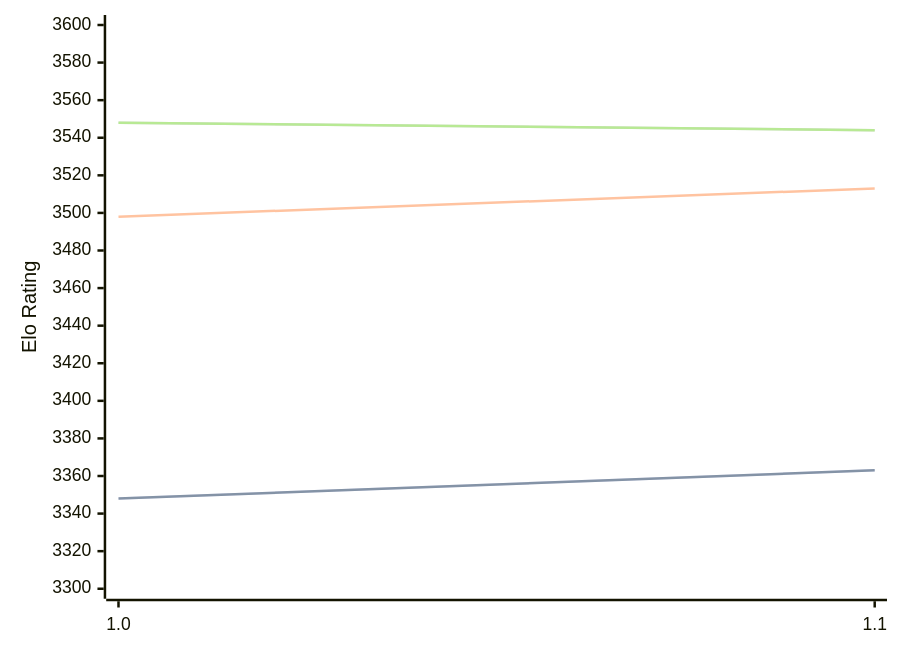
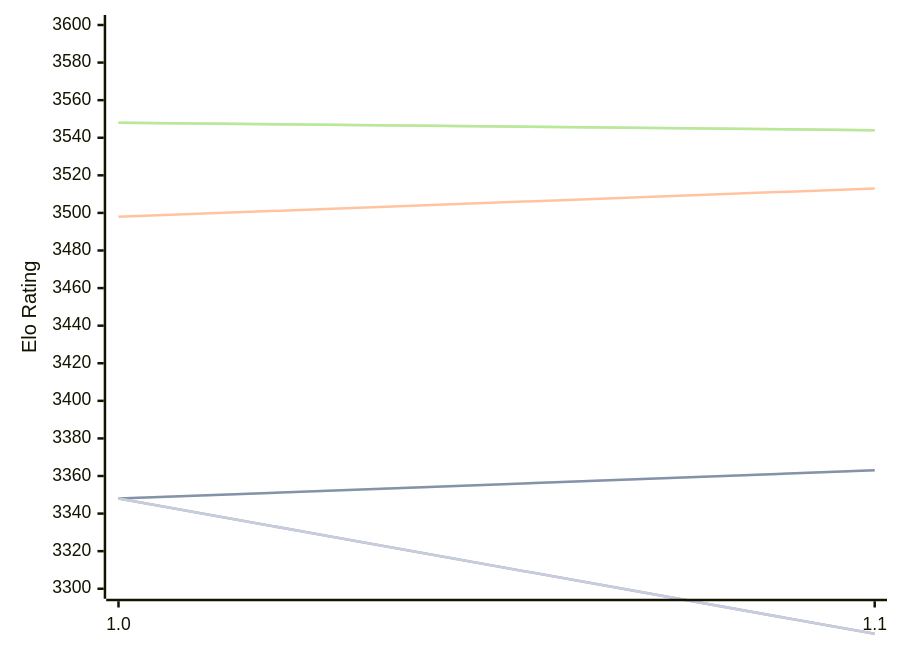
Before and after one commit to computer-chess-index/cci: the diagram in engines/Horsie.md, drawn with Mermaid. The commit also changed other lines of this file, not shown here.

Commit message:
Update CCI Ratings (ELO VLTC) - 2026-10-11

````diff
--- a/engines/Horsie.md
+++ b/engines/Horsie.md
@@ -48,16 +48,13 @@
 ```mermaid
 %%{init: {"theme":"base","themeVariables":{"seriesColors:['#a3a3a3','#222221','#faa371']}}}%%
 xychart-beta
   x-axis ["1.0", "1.1"]
   y-axis "Elo Rating" 3300 --> 3600
   line "" [3348, 3363]
   line "T1: STC (8.0+0.08s)" [3348, 3363]
   line "T1: LTC (60.0+0.60s)" [3498, 3513]
   line "" [3548, 3544]
   line "T1: VLTC (2m24s+1.12s)" [3548, 3544]
-  line "" [3263]
-  line "E1: STC (8.0+0.08s)" [3263]
-  line "E1: LTC (60.0+0.60s)" [3505]
-  line "" [3533]
-  line "E1: VLTC (2m24s+1.12s)" [3533]
+  line "" [3348,3276]
+  line "E1: STC (8.0+0.08s)" [3348,3276]
 ```
````
